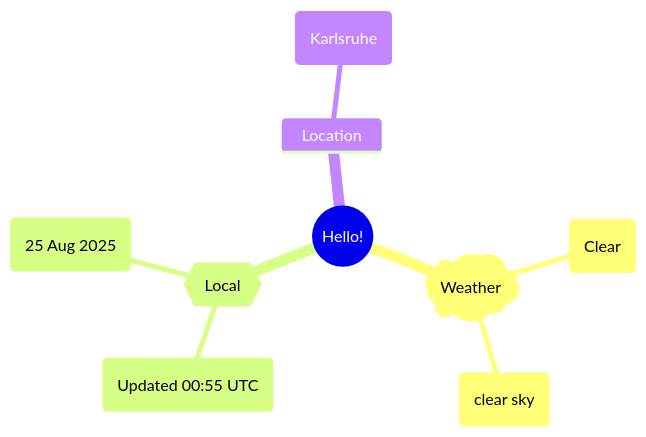
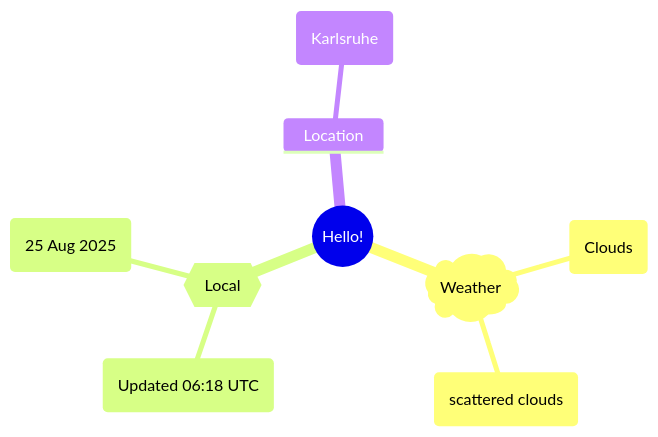
Before and after one commit to Xosrov/Xosrov: the first of 2 diagrams in README.md, drawn with Mermaid.

Commit message:
[bot] updated images

````diff
--- a/README.md
+++ b/README.md
@@ -3,12 +3,12 @@
 ```mermaid
 mindmap
   root((Hello!))
     )Weather(
-        (Clear)
-        (clear sky)
+        (Clouds)
+        (scattered clouds)
     {{Local}}
-        (Updated 00:55 UTC)
+        (Updated 06:18 UTC)
         (25 Aug 2025)
     Location
         (Karlsruhe)
 ```
````
